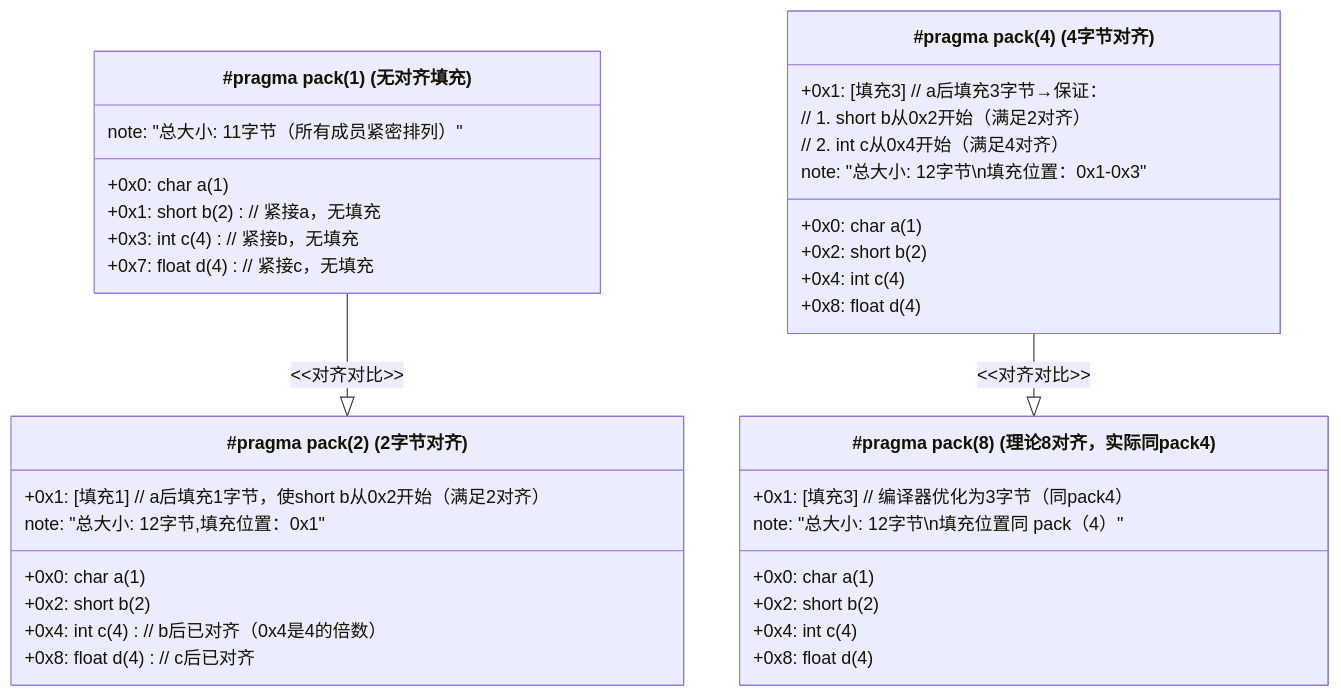
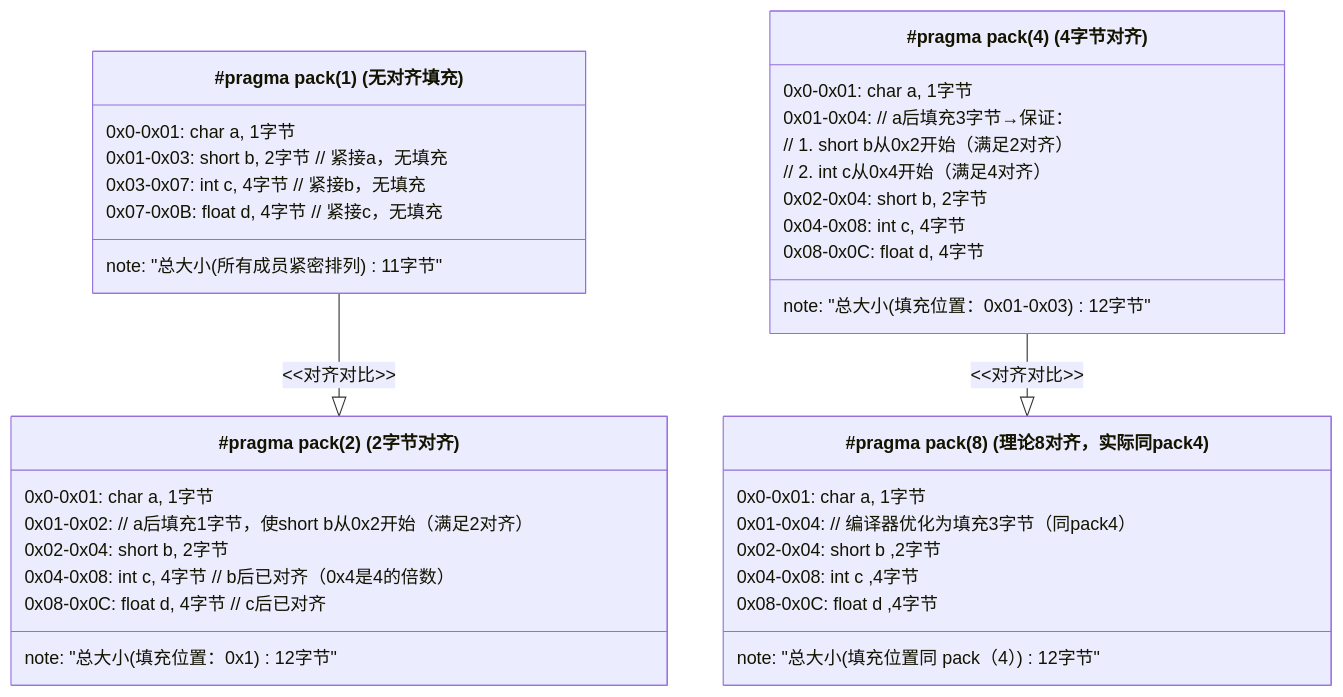
One commit to SolaTian/Embedded-Linux changed the second of 3 diagrams in Embedded-C/C扩展/字节对齐.md. Above: the diagram before and after it, drawn with Mermaid. The commit also changed other lines of this file and 1 other file, not shown here.

````diff
--- a/Embedded-C/C扩展/字节对齐.md
+++ b/Embedded-C/C扩展/字节对齐.md
@@ -90,50 +87,50 @@
 ```mermaid
 classDiagram
     direction TB
 
     %% pack(1) - 无填充
     class PackedExample["#pragma pack(1) (无对齐填充)"] {
-        +0x0: char a (1)
-        +0x1: short b (2)   // 紧接a，无填充
-        +0x3: int c (4)     // 紧接b，无填充
-        +0x7: float d (4)   // 紧接c，无填充
-        note: "总大小: 11字节（所有成员紧密排列）"
+        0x0-0x01: char a, 1字节
+        0x01-0x03: short b, 2字节   // 紧接a，无填充
+        0x03-0x07: int c, 4字节     // 紧接b，无填充
+        0x07-0x0B: float d, 4字节   // 紧接c，无填充
+        note: "总大小(所有成员紧密排列)11字节"
     }
 
     %% pack(2) - short按2字节对齐
     class Packed2Example["#pragma pack(2) (2字节对齐)"] {
-        +0x0: char a (1)
-        +0x1: [填充1]      // a后填充1字节，使short b从0x2开始（满足2对齐）
-        +0x2: short b (2)
-        +0x4: int c (4)    // b后已对齐（0x4是4的倍数）
-        +0x8: float d (4)  // c后已对齐
-        note: "总大小: 12字节,填充位置：0x1"
+        0x0-0x01: char a, 1字节
+        0x01-0x02:  // a后填充1字节，使short b从0x2开始（满足2对齐）
+        0x02-0x04: short b, 2字节
+        0x04-0x08: int c, 4字节    // b后已对齐（0x4是4的倍数）
+        0x08-0x0C: float d, 4字节  // c后已对齐
+        note: "总大小(填充位置：0x1)12字节"
     }
 
     %% pack(4) - int/float按4字节对齐
     class Packed4Example["#pragma pack(4) (4字节对齐)"] {
-        +0x0: char a (1)
-        +0x1: [填充3]      // a后填充3字节→保证：
+        0x0-0x01: char a, 1字节
+        0x01-0x04: // a后填充3字节→保证：
                            // 1. short b从0x2开始（满足2对齐）
                            // 2. int c从0x4开始（满足4对齐）
-        +0x2: short b (2)
-        +0x4: int c (4)
-        +0x8: float d (4)
-        note: "总大小: 12字节\n填充位置：0x1-0x3"
+        0x02-0x04: short b, 2字节
+        0x04-0x08: int c, 4字节
+        0x08-0x0C: float d, 4字节
+        note: "总大小(填充位置：0x01-0x03)12字节"
     }
 
     %% pack(8) - 实际按4字节对齐（未超8字节）
     class Packed8Example["#pragma pack(8) (理论8对齐，实际同pack4)"] {
-        +0x0: char a (1)
-        +0x1: [填充3]      // 编译器优化为3字节（同pack4）
-        +0x2: short b (2)
-        +0x4: int c (4)
-        +0x8: float d (4)
-        note: "总大小: 12字节\n填充位置同 pack（4）"
+        0x0-0x01: char a, 1字节
+        0x01-0x04: // 编译器优化为填充3字节（同pack4）
+        0x02-0x04: short b ,2字节
+        0x04-0x08: int c ,4字节
+        0x08-0x0C: float d ,4字节
+        note: "总大小(填充位置同 pack（4）)12字节"
     }
     
     %% 隐藏布局关系
     PackedExample --|> Packed2Example : <<对齐对比>>
     Packed4Example --|> Packed8Example : <<对齐对比>>
 
 ```
````
